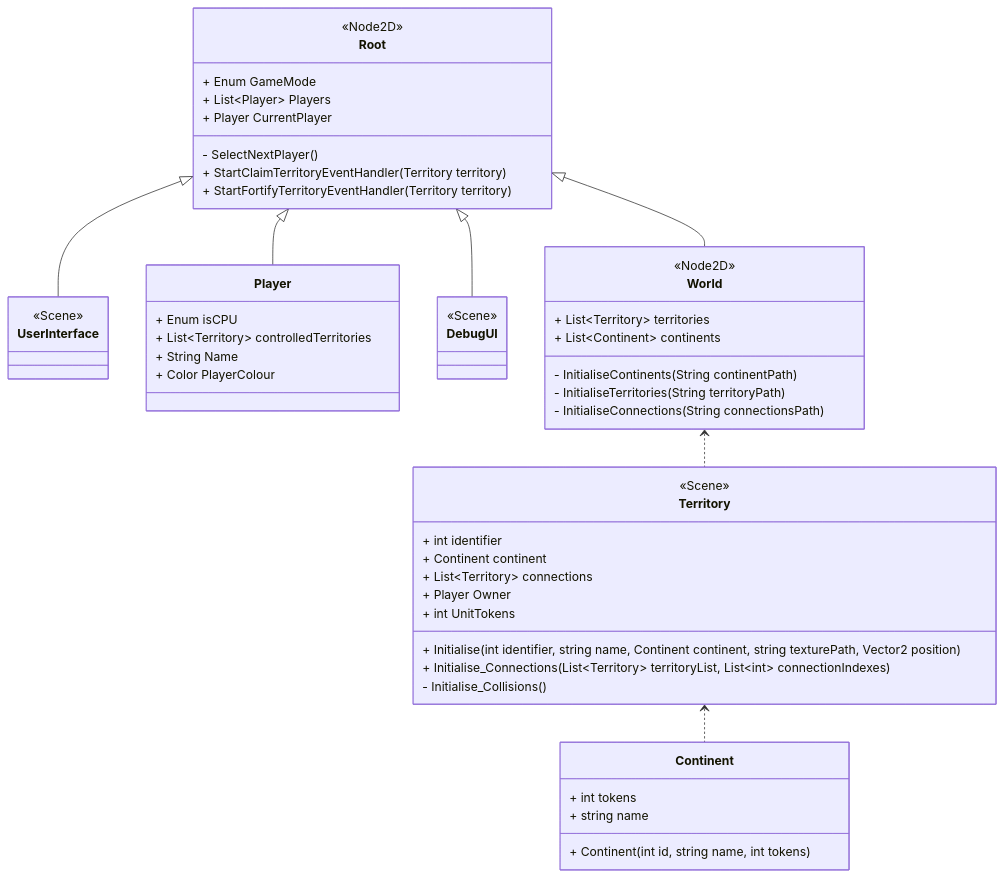
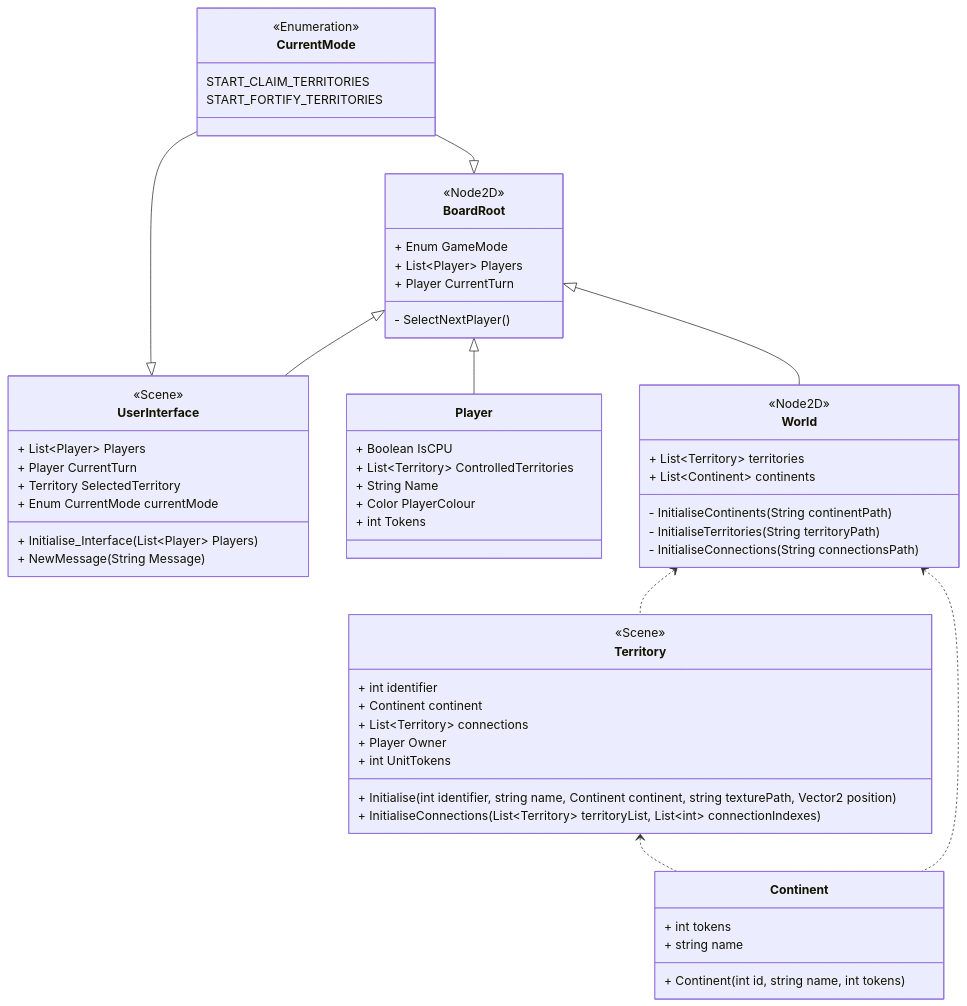
One commit to LukeS03/Y2_S2_SoftwareEngineeringProject changed the first of 2 diagrams in design/Sprint_02_Design.md. Above: the diagram before and after it, drawn with Mermaid. The commit also changed other lines of this file and 5 other files, not shown here.

Commit message:
Feat: Added colour high-lighting and signals for when territories are selected. This doesn't work the best at the moment though. Should still be enough to get Doukh working on the project.

````diff
--- a/design/Sprint_02_Design.md
+++ b/design/Sprint_02_Design.md
@@ -13,62 +13,71 @@
 ```mermaid
 classDiagram
-    class Root {
+    class BoardRoot {
         <<Node2D>>
         + Enum GameMode
         + List~Player~ Players
-        + Player CurrentPlayer
+        + Player CurrentTurn
         - SelectNextPlayer()
-        + StartClaimTerritoryEventHandler(Territory territory)
-        + StartFortifyTerritoryEventHandler(Territory territory)
     }
 
     class UserInterface {
         <<Scene>>
+        + List~Player~ Players
+        + Player CurrentTurn
+        + Territory SelectedTerritory
+        + Enum CurrentMode currentMode
+        + Initialise_Interface(List~Player~ Players)
+        + NewMessage(String Message)
+    }
+
+    class CurrentMode {
+        <<Enumeration>>
+        START_CLAIM_TERRITORIES
+        START_FORTIFY_TERRITORIES
     }
 
     class Player {
-        + Enum isCPU
-        + List~Territory~ controlledTerritories
+        + Boolean IsCPU
+        + List~Territory~ ControlledTerritories
         + String Name
         + Color PlayerColour
-    }
-
-    class DebugUI {
-        <<Scene>>
+        + int Tokens
     }
 
     class World {
         <<Node2D>>
         + List~Territory~ territories
         + List~Continent~ continents
         - InitialiseContinents(String continentPath)
         - InitialiseTerritories(String territoryPath)
         - InitialiseConnections(String connectionsPath)
     }
 
 
     class Territory {
         <<Scene>>
         + int identifier
         + Continent continent
         + List~Territory~ connections
         + Player Owner
         + int UnitTokens
         + Initialise(int identifier, string name, Continent continent, string texturePath, Vector2 position)
-        + Initialise_Connections(List~Territory~ territoryList, List~int~ connectionIndexes)
-        - Initialise_Collisions()
+        + InitialiseConnections(List~Territory~ territoryList, List~int~ connectionIndexes)
     }
 
     class Continent {
         + int tokens
         + string name
         + Continent(int id, string name, int tokens)
     }
 
-    Root <|-- UserInterface
-    Root <|-- DebugUI
-    Root <|-- Player
-    Root <|-- World
+    BoardRoot <|-- UserInterface
+    BoardRoot <|-- Player
+    BoardRoot <|-- World
     World <.. Territory
+    World <.. Continent
     Territory <.. Continent
+    CurrentMode --|> UserInterface
+    CurrentMode--|>BoardRoot
+    
 ```
````
